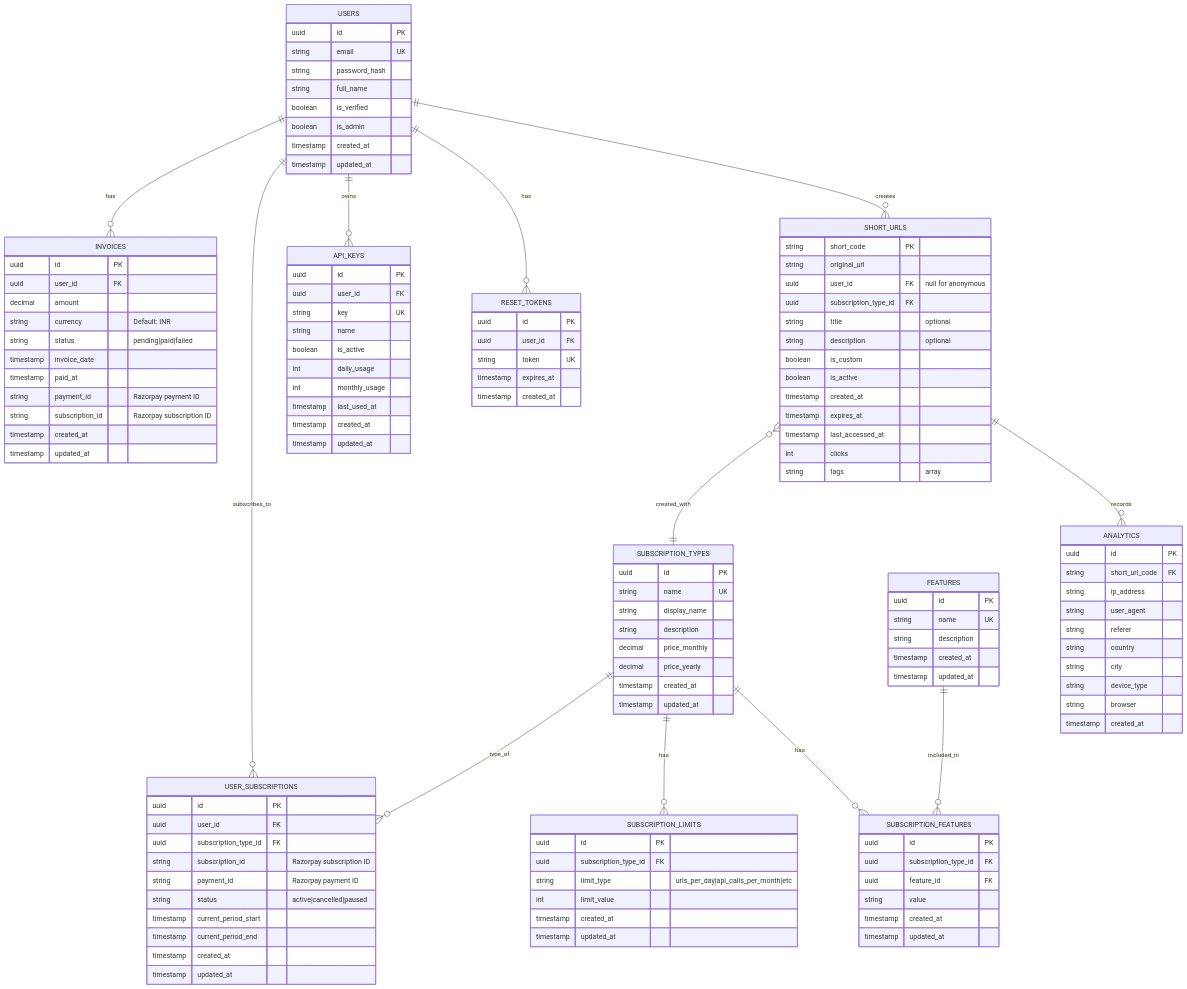
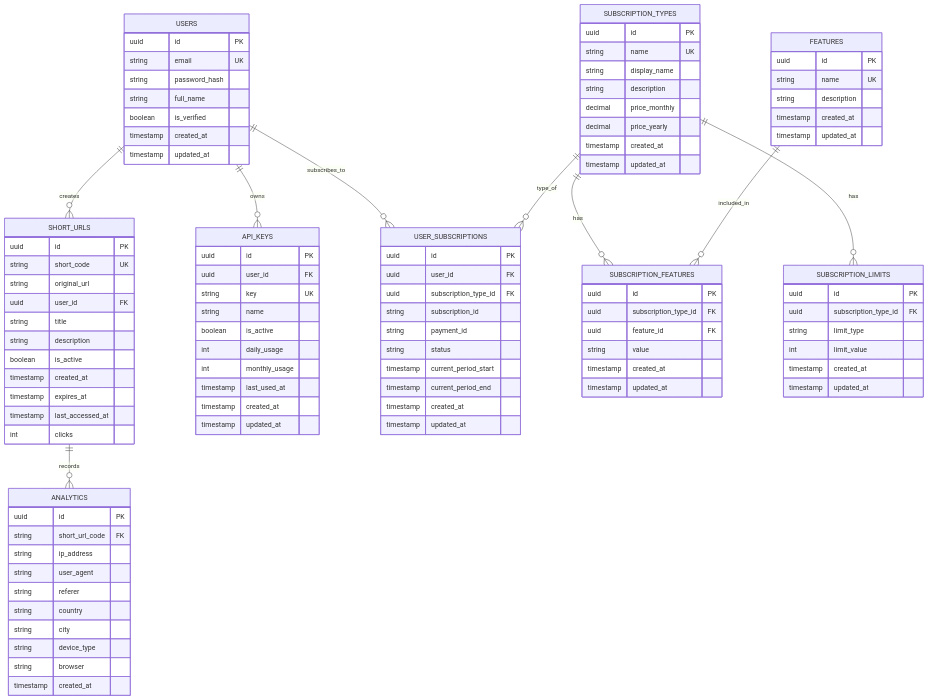
The diagram in docs/project-erd.mermaid (sylvesterdas/minifyn-homepage), drawn with Mermaid before and after one commit. The commit also changed 2 other files, not shown here.

```diff
--- a/docs/project-erd.mermaid
+++ b/docs/project-erd.mermaid
@@ -1,137 +1,109 @@
 erDiagram
     USERS ||--o{ SHORT_URLS : creates
-    USERS ||--o{ RESET_TOKENS : has
     USERS ||--o{ API_KEYS : owns
     USERS ||--o{ USER_SUBSCRIPTIONS : subscribes_to
-    USERS ||--o{ INVOICES : has
     SHORT_URLS ||--o{ ANALYTICS : records
     SUBSCRIPTION_TYPES ||--o{ SUBSCRIPTION_FEATURES : has
     SUBSCRIPTION_TYPES ||--o{ SUBSCRIPTION_LIMITS : has
     FEATURES ||--o{ SUBSCRIPTION_FEATURES : included_in
     SUBSCRIPTION_TYPES ||--o{ USER_SUBSCRIPTIONS : type_of
-    SHORT_URLS }o--|| SUBSCRIPTION_TYPES : created_with
 
     USERS {
         uuid id PK
         string email UK
         string password_hash
         string full_name
         boolean is_verified
-        boolean is_admin
         timestamp created_at
         timestamp updated_at
     }
 
     SHORT_URLS {
-        string short_code PK
+        uuid id PK
+        string short_code UK
         string original_url
-        uuid user_id FK "null for anonymous"
-        uuid subscription_type_id FK
-        string title "optional"
-        string description "optional"
-        boolean is_custom
+        uuid user_id FK
+        string title
+        string description
         boolean is_active
         timestamp created_at
         timestamp expires_at
         timestamp last_accessed_at
         int clicks
-        string tags "array"
     }
 
     ANALYTICS {
         uuid id PK
         string short_url_code FK
         string ip_address
         string user_agent
         string referer
         string country
         string city
         string device_type
         string browser
-        timestamp created_at
-    }
-
-    RESET_TOKENS {
-        uuid id PK
-        uuid user_id FK
-        string token UK
-        timestamp expires_at
         timestamp created_at
     }
 
     API_KEYS {
         uuid id PK
         uuid user_id FK
         string key UK
         string name
         boolean is_active
         int daily_usage
         int monthly_usage
         timestamp last_used_at
         timestamp created_at
         timestamp updated_at
     }
 
     SUBSCRIPTION_TYPES {
         uuid id PK
         string name UK
         string display_name
         string description
         decimal price_monthly
         decimal price_yearly
         timestamp created_at
         timestamp updated_at
     }
 
     FEATURES {
         uuid id PK
         string name UK
         string description
         timestamp created_at
         timestamp updated_at
     }
 
     SUBSCRIPTION_FEATURES {
         uuid id PK
         uuid subscription_type_id FK
         uuid feature_id FK
         string value
         timestamp created_at
         timestamp updated_at
     }
 
     SUBSCRIPTION_LIMITS {
         uuid id PK
         uuid subscription_type_id FK
-        string limit_type "urls_per_day|api_calls_per_month|etc"
+        string limit_type
         int limit_value
         timestamp created_at
         timestamp updated_at
     }
 
     USER_SUBSCRIPTIONS {
         uuid id PK
         uuid user_id FK
         uuid subscription_type_id FK
-        string subscription_id "Razorpay subscription ID"
-        string payment_id "Razorpay payment ID"
-        string status "active|cancelled|paused"
+        string subscription_id
+        string payment_id
+        string status
         timestamp current_period_start
         timestamp current_period_end
         timestamp created_at
         timestamp updated_at
     }
-
-    INVOICES {
-        uuid id PK
-        uuid user_id FK
-        decimal amount
-        string currency "Default: INR"
-        string status "pending|paid|failed"
-        timestamp invoice_date
-        timestamp paid_at
-        string payment_id "Razorpay payment ID"
-        string subscription_id "Razorpay subscription ID"
-        timestamp created_at
-        timestamp updated_at
-    }
```
